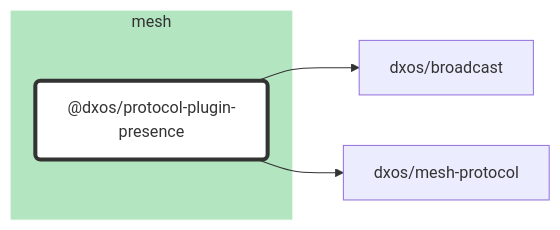
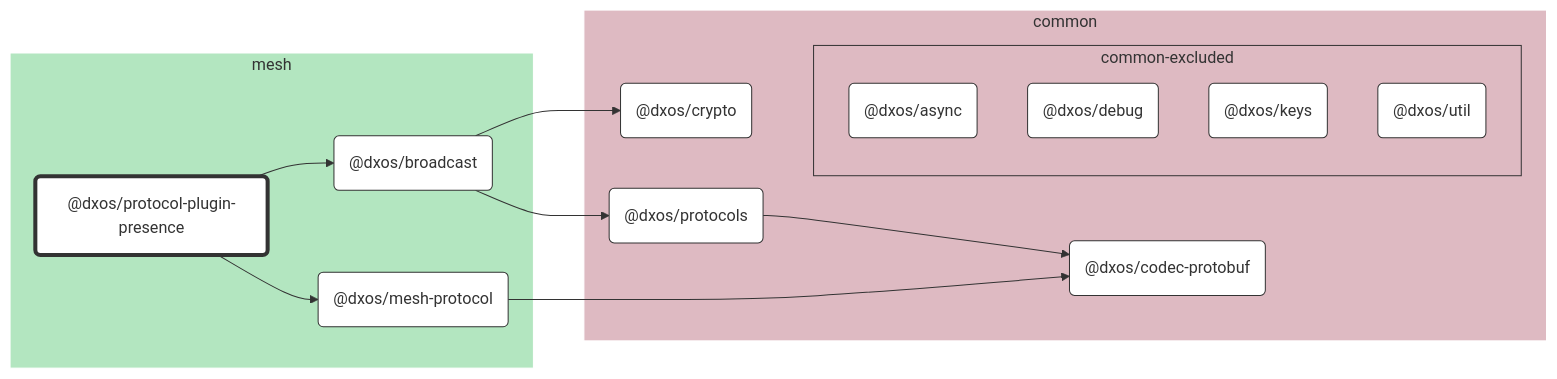
The diagram in packages/mesh/protocol-plugin-presence/docs/README.md (dxos/dxos), drawn with Mermaid before and after one commit. The commit also changed 69 other files, not shown here.

````diff
--- a/packages/mesh/protocol-plugin-presence/docs/README.md
+++ b/packages/mesh/protocol-plugin-presence/docs/README.md
@@ -7,22 +7,52 @@
 ```mermaid
 %%{ init: {'flowchart':{'curve':'basis'}} }%%
 
 flowchart LR
 
 %% Classes
 classDef def fill:#fff,stroke:#333,stroke-width:1px
 classDef root fill:#fff,stroke:#333,stroke-width:4px
 
 %% Nodes
 
 subgraph mesh [mesh]
   style mesh fill:#b3e6c0,stroke:#fff
   dxos/protocol-plugin-presence("@dxos/protocol-plugin-presence"):::root
   click dxos/protocol-plugin-presence "dxos/dxos/tree/main/packages/mesh/protocol-plugin-presence/docs"
+  dxos/broadcast("@dxos/broadcast"):::def
+  click dxos/broadcast "dxos/dxos/tree/main/packages/mesh/broadcast/docs"
+  dxos/mesh-protocol("@dxos/mesh-protocol"):::def
+  click dxos/mesh-protocol "dxos/dxos/tree/main/packages/mesh/mesh-protocol/docs"
+end
+
+subgraph common [common]
+  style common fill:#debac2,stroke:#fff
+  dxos/codec-protobuf("@dxos/codec-protobuf"):::def
+  click dxos/codec-protobuf "dxos/dxos/tree/main/packages/common/codec-protobuf/docs"
+  dxos/crypto("@dxos/crypto"):::def
+  click dxos/crypto "dxos/dxos/tree/main/packages/common/crypto/docs"
+  dxos/protocols("@dxos/protocols"):::def
+  click dxos/protocols "dxos/dxos/tree/main/packages/common/protocols/docs"
+
+  subgraph common-excluded [common-excluded]
+    style common-excluded fill:#debac2,stroke:#333,stroke-dashed:5 5
+    dxos/async("@dxos/async"):::def
+    click dxos/async "dxos/dxos/tree/main/packages/common/async/docs"
+    dxos/debug("@dxos/debug"):::def
+    click dxos/debug "dxos/dxos/tree/main/packages/common/debug/docs"
+    dxos/keys("@dxos/keys"):::def
+    click dxos/keys "dxos/dxos/tree/main/packages/common/keys/docs"
+    dxos/util("@dxos/util"):::def
+    click dxos/util "dxos/dxos/tree/main/packages/common/util/docs"
+  end
 end
 
 %% Links
 linkStyle default stroke:#333,stroke-width:1px
 dxos/protocol-plugin-presence --> dxos/broadcast
+dxos/broadcast --> dxos/crypto
+dxos/broadcast --> dxos/protocols
+dxos/protocols --> dxos/codec-protobuf
 dxos/protocol-plugin-presence --> dxos/mesh-protocol
+dxos/mesh-protocol --> dxos/codec-protobuf
 ```
````
